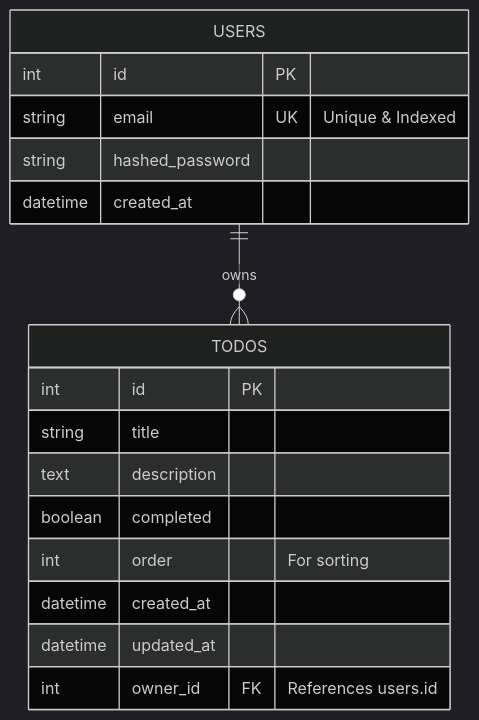
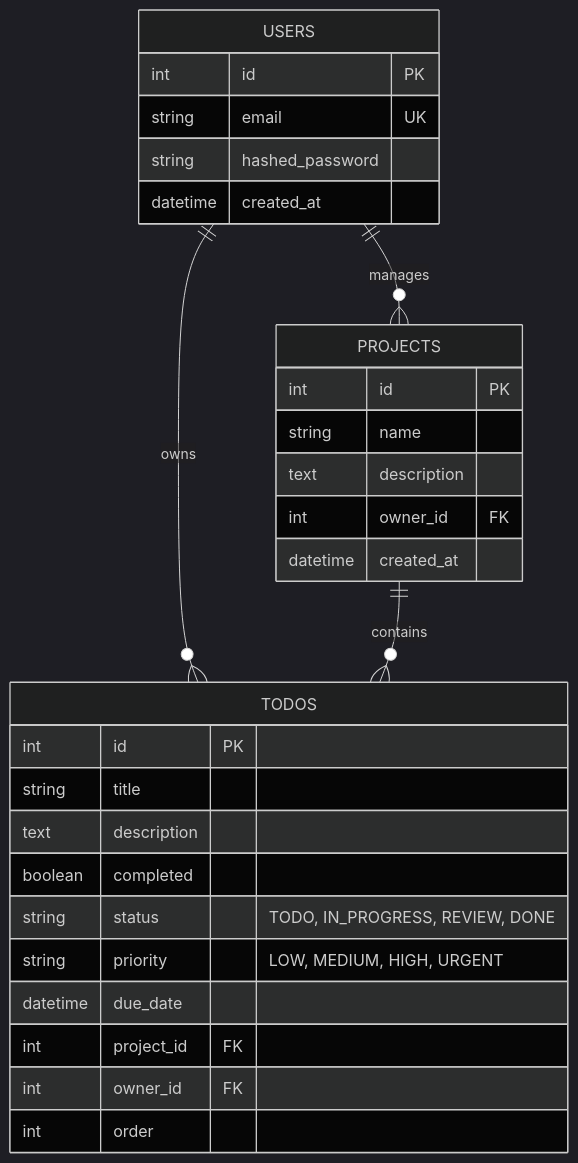
One commit to rtiak-ops/251025 changed the second of 2 diagrams in README.md. Above: the diagram before and after it, drawn with Mermaid (dark theme). The commit also changed other lines of this file and 16 other files, not shown here.

````diff
--- a/README.md
+++ b/README.md
@@ -69,20 +94,32 @@
 ```mermaid
 erDiagram
+    USERS ||--o{ PROJECTS : "manages"
     USERS ||--o{ TODOS : "owns"
+    PROJECTS ||--o{ TODOS : "contains"
+
     USERS {
         int id PK
-        string email UK "Unique & Indexed"
+        string email UK
         string hashed_password
+        datetime created_at
+    }
+    PROJECTS {
+        int id PK
+        string name
+        text description
+        int owner_id FK
         datetime created_at
     }
     TODOS {
         int id PK
         string title
         text description
         boolean completed
-        int order "For sorting"
-        datetime created_at
-        datetime updated_at
-        int owner_id FK "References users.id"
+        string status "TODO, IN_PROGRESS, REVIEW, DONE"
+        string priority "LOW, MEDIUM, HIGH, URGENT"
+        datetime due_date
+        int project_id FK
+        int owner_id FK
+        int order
     }
 ```
````
